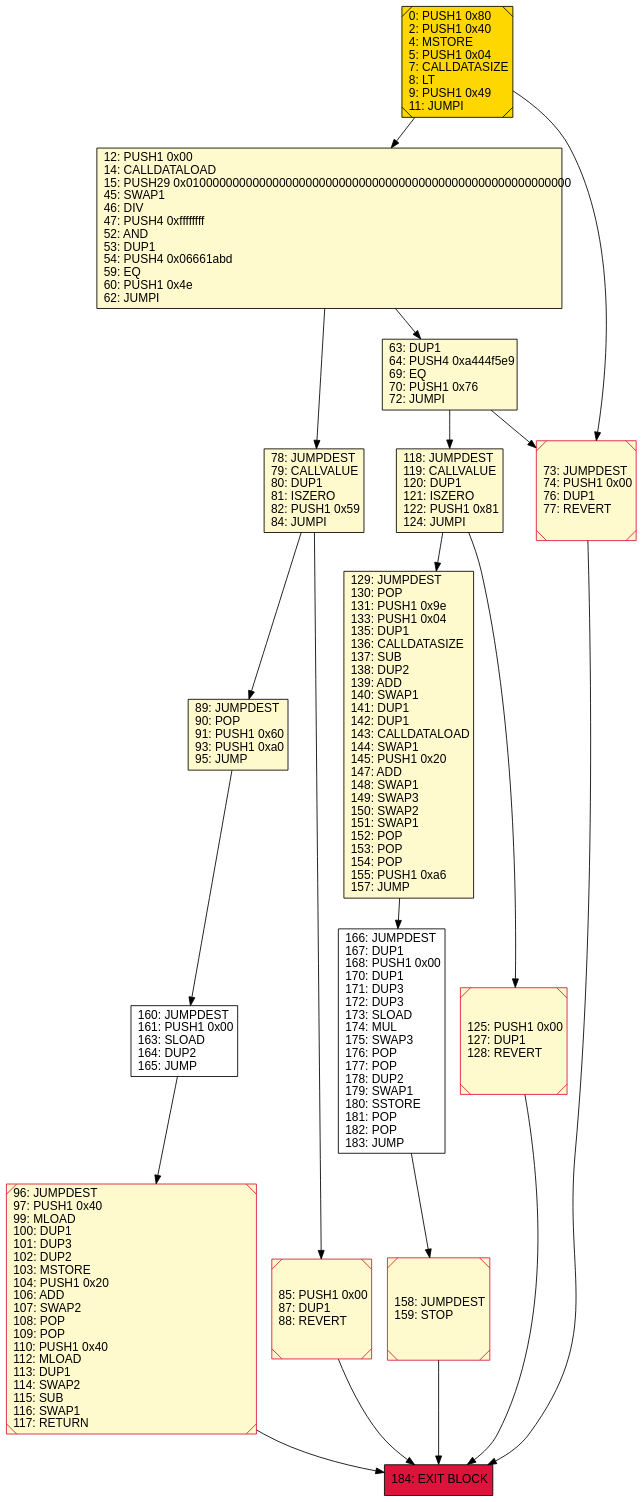
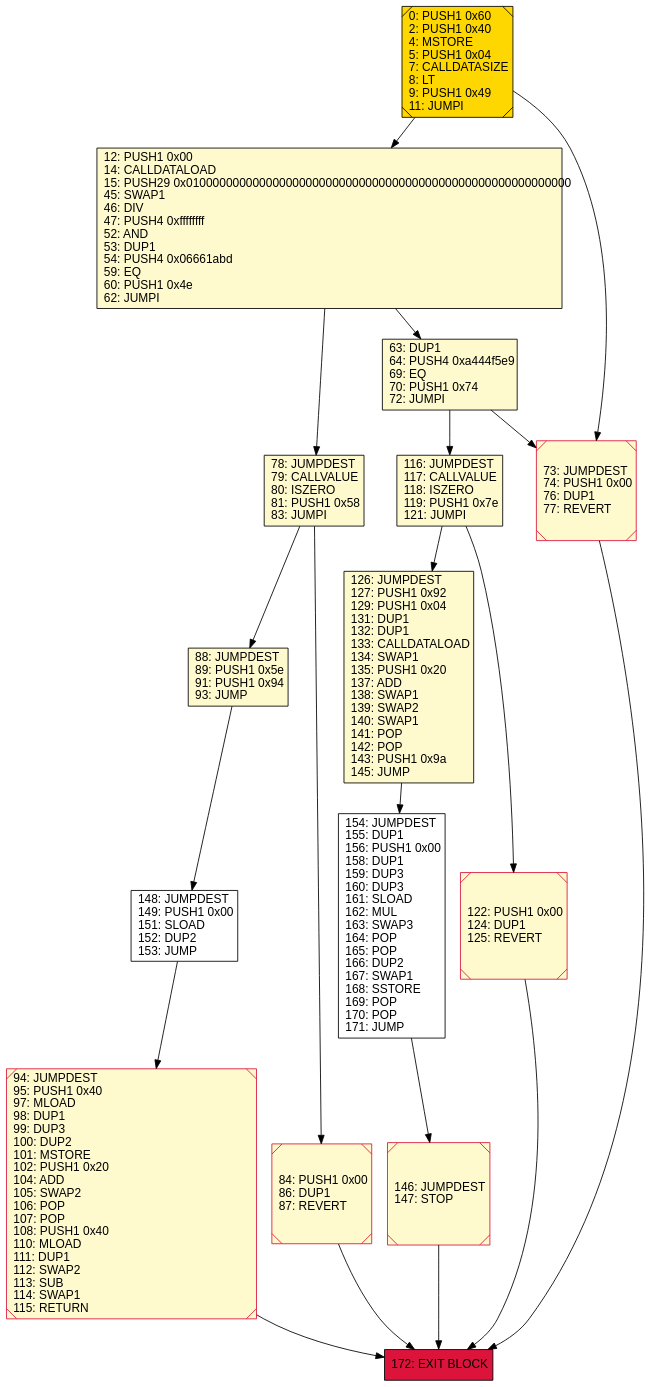
Before and after one commit to Witnull/ProjectMando: the diagram in experiments/ge-sc-data/byte_code/smartbugs/runtime/graphs/arithmetic/clean_60_buggy_curated_0/integer_overflow_mul-IntegerOverflowMul.dot, drawn with Graphviz. The commit also changed 4797 other files, not shown here.

Commit message:
add infos and fix for byte code control flow graph gen

```diff
--- a/experiments/ge-sc-data/byte_code/smartbugs/runtime/graphs/arithmetic/clean_60_buggy_curated_0/integer_overflow_mul-IntegerOverflowMul.dot
+++ b/experiments/ge-sc-data/byte_code/smartbugs/runtime/graphs/arithmetic/clean_60_buggy_curated_0/integer_overflow_mul-IntegerOverflowMul.dot
@@ -1,38 +1,38 @@
 digraph G {
 bgcolor=transparent rankdir=UD;
 node [shape=box style=filled color=black fillcolor=white fontname=arial fontcolor=black];
-0 [label="0: PUSH1 0x80\l2: PUSH1 0x40\l4: MSTORE\l5: PUSH1 0x04\l7: CALLDATASIZE\l8: LT\l9: PUSH1 0x49\l11: JUMPI\l" fillcolor=lemonchiffon shape=Msquare fillcolor=gold ];
+148 [label="148: JUMPDEST\l149: PUSH1 0x00\l151: SLOAD\l152: DUP2\l153: JUMP\l" ];
+126 [label="126: JUMPDEST\l127: PUSH1 0x92\l129: PUSH1 0x04\l131: DUP1\l132: DUP1\l133: CALLDATALOAD\l134: SWAP1\l135: PUSH1 0x20\l137: ADD\l138: SWAP1\l139: SWAP2\l140: SWAP1\l141: POP\l142: POP\l143: PUSH1 0x9a\l145: JUMP\l" fillcolor=lemonchiffon ];
+146 [label="146: JUMPDEST\l147: STOP\l" fillcolor=lemonchiffon shape=Msquare color=crimson ];
 12 [label="12: PUSH1 0x00\l14: CALLDATALOAD\l15: PUSH29 0x0100000000000000000000000000000000000000000000000000000000\l45: SWAP1\l46: DIV\l47: PUSH4 0xffffffff\l52: AND\l53: DUP1\l54: PUSH4 0x06661abd\l59: EQ\l60: PUSH1 0x4e\l62: JUMPI\l" fillcolor=lemonchiffon ];
-158 [label="158: JUMPDEST\l159: STOP\l" fillcolor=lemonchiffon shape=Msquare color=crimson ];
+88 [label="88: JUMPDEST\l89: PUSH1 0x5e\l91: PUSH1 0x94\l93: JUMP\l" fillcolor=lemonchiffon ];
 73 [label="73: JUMPDEST\l74: PUSH1 0x00\l76: DUP1\l77: REVERT\l" fillcolor=lemonchiffon shape=Msquare color=crimson ];
-89 [label="89: JUMPDEST\l90: POP\l91: PUSH1 0x60\l93: PUSH1 0xa0\l95: JUMP\l" fillcolor=lemonchiffon ];
-118 [label="118: JUMPDEST\l119: CALLVALUE\l120: DUP1\l121: ISZERO\l122: PUSH1 0x81\l124: JUMPI\l" fillcolor=lemonchiffon ];
-160 [label="160: JUMPDEST\l161: PUSH1 0x00\l163: SLOAD\l164: DUP2\l165: JUMP\l" ];
-166 [label="166: JUMPDEST\l167: DUP1\l168: PUSH1 0x00\l170: DUP1\l171: DUP3\l172: DUP3\l173: SLOAD\l174: MUL\l175: SWAP3\l176: POP\l177: POP\l178: DUP2\l179: SWAP1\l180: SSTORE\l181: POP\l182: POP\l183: JUMP\l" ];
-78 [label="78: JUMPDEST\l79: CALLVALUE\l80: DUP1\l81: ISZERO\l82: PUSH1 0x59\l84: JUMPI\l" fillcolor=lemonchiffon ];
-96 [label="96: JUMPDEST\l97: PUSH1 0x40\l99: MLOAD\l100: DUP1\l101: DUP3\l102: DUP2\l103: MSTORE\l104: PUSH1 0x20\l106: ADD\l107: SWAP2\l108: POP\l109: POP\l110: PUSH1 0x40\l112: MLOAD\l113: DUP1\l114: SWAP2\l115: SUB\l116: SWAP1\l117: RETURN\l" fillcolor=lemonchiffon shape=Msquare color=crimson ];
-85 [label="85: PUSH1 0x00\l87: DUP1\l88: REVERT\l" fillcolor=lemonchiffon shape=Msquare color=crimson ];
-129 [label="129: JUMPDEST\l130: POP\l131: PUSH1 0x9e\l133: PUSH1 0x04\l135: DUP1\l136: CALLDATASIZE\l137: SUB\l138: DUP2\l139: ADD\l140: SWAP1\l141: DUP1\l142: DUP1\l143: CALLDATALOAD\l144: SWAP1\l145: PUSH1 0x20\l147: ADD\l148: SWAP1\l149: SWAP3\l150: SWAP2\l151: SWAP1\l152: POP\l153: POP\l154: POP\l155: PUSH1 0xa6\l157: JUMP\l" fillcolor=lemonchiffon ];
-184 [label="184: EXIT BLOCK\l" fillcolor=crimson ];
-63 [label="63: DUP1\l64: PUSH4 0xa444f5e9\l69: EQ\l70: PUSH1 0x76\l72: JUMPI\l" fillcolor=lemonchiffon ];
-125 [label="125: PUSH1 0x00\l127: DUP1\l128: REVERT\l" fillcolor=lemonchiffon shape=Msquare color=crimson ];
+116 [label="116: JUMPDEST\l117: CALLVALUE\l118: ISZERO\l119: PUSH1 0x7e\l121: JUMPI\l" fillcolor=lemonchiffon ];
+172 [label="172: EXIT BLOCK\l" fillcolor=crimson ];
+94 [label="94: JUMPDEST\l95: PUSH1 0x40\l97: MLOAD\l98: DUP1\l99: DUP3\l100: DUP2\l101: MSTORE\l102: PUSH1 0x20\l104: ADD\l105: SWAP2\l106: POP\l107: POP\l108: PUSH1 0x40\l110: MLOAD\l111: DUP1\l112: SWAP2\l113: SUB\l114: SWAP1\l115: RETURN\l" fillcolor=lemonchiffon shape=Msquare color=crimson ];
+154 [label="154: JUMPDEST\l155: DUP1\l156: PUSH1 0x00\l158: DUP1\l159: DUP3\l160: DUP3\l161: SLOAD\l162: MUL\l163: SWAP3\l164: POP\l165: POP\l166: DUP2\l167: SWAP1\l168: SSTORE\l169: POP\l170: POP\l171: JUMP\l" ];
+0 [label="0: PUSH1 0x60\l2: PUSH1 0x40\l4: MSTORE\l5: PUSH1 0x04\l7: CALLDATASIZE\l8: LT\l9: PUSH1 0x49\l11: JUMPI\l" fillcolor=lemonchiffon shape=Msquare fillcolor=gold ];
+84 [label="84: PUSH1 0x00\l86: DUP1\l87: REVERT\l" fillcolor=lemonchiffon shape=Msquare color=crimson ];
+63 [label="63: DUP1\l64: PUSH4 0xa444f5e9\l69: EQ\l70: PUSH1 0x74\l72: JUMPI\l" fillcolor=lemonchiffon ];
+122 [label="122: PUSH1 0x00\l124: DUP1\l125: REVERT\l" fillcolor=lemonchiffon shape=Msquare color=crimson ];
+78 [label="78: JUMPDEST\l79: CALLVALUE\l80: ISZERO\l81: PUSH1 0x58\l83: JUMPI\l" fillcolor=lemonchiffon ];
+73 -> 172;
+94 -> 172;
+78 -> 84;
+126 -> 154;
+148 -> 94;
+116 -> 126;
+146 -> 172;
+154 -> 146;
+88 -> 148;
+12 -> 63;
+78 -> 88;
 0 -> 12;
-160 -> 96;
-125 -> 184;
-129 -> 166;
-118 -> 129;
-78 -> 85;
+116 -> 122;
+122 -> 172;
+84 -> 172;
+12 -> 78;
+63 -> 73;
+63 -> 116;
 0 -> 73;
-63 -> 118;
-96 -> 184;
-85 -> 184;
-118 -> 125;
-158 -> 184;
-12 -> 78;
-73 -> 184;
-63 -> 73;
-166 -> 158;
-78 -> 89;
-12 -> 63;
-89 -> 160;
 }
```
